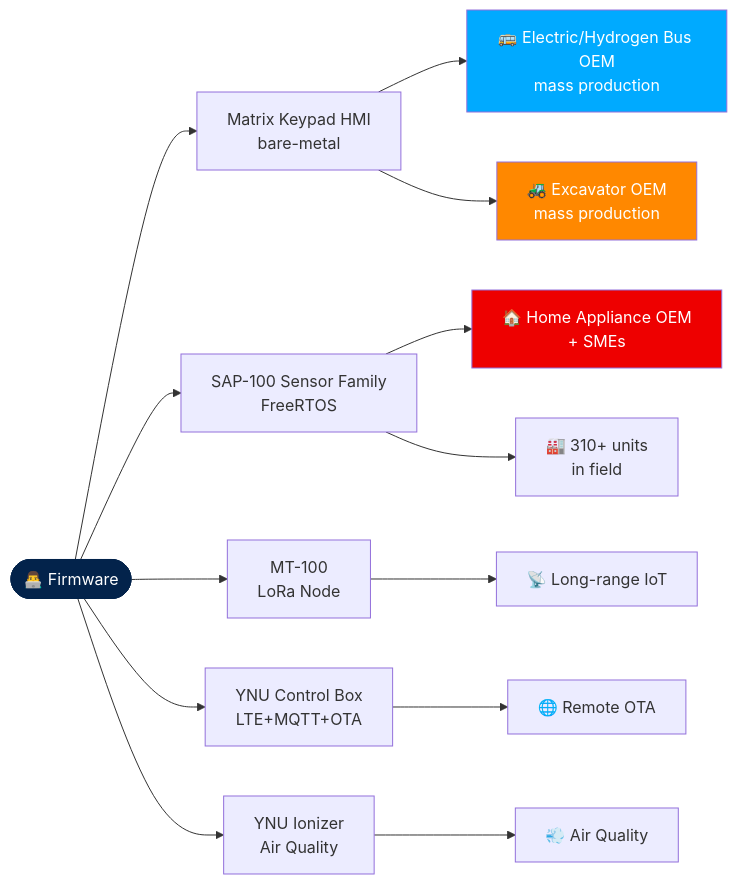
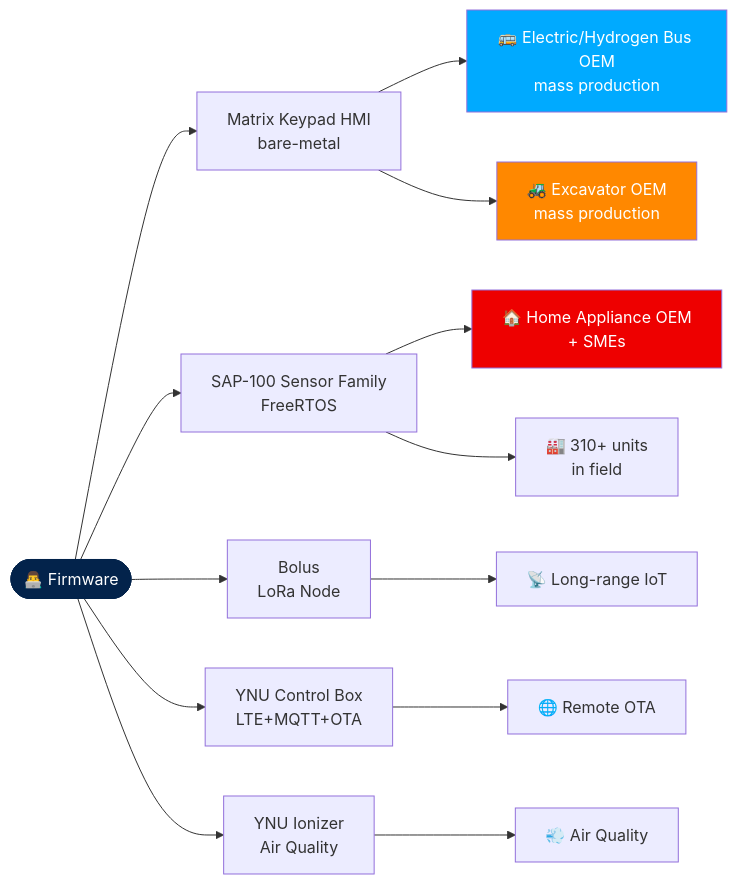
One commit to changhoon-yoon/changhoon-yoon changed the first of 2 diagrams in README.md. Above: the diagram before and after it, drawn with Mermaid. The commit also changed other lines of this file, not shown here.

Commit message:
Update README with new LoRa Node name
mt-100 -> bolus

````diff
--- a/README.md
+++ b/README.md
@@ -45,22 +45,22 @@
 ```mermaid
 flowchart LR
     Me([👨‍💻 Firmware])
     Me --> K[Matrix Keypad HMI<br/>bare-metal]
     Me --> S[SAP-100 Sensor Family<br/>FreeRTOS]
-    Me --> L[MT-100<br/>LoRa Node]
+    Me --> L[Bolus<br/>LoRa Node]
     Me --> C[YNU Control Box<br/>LTE+MQTT+OTA]
     Me --> I[YNU Ionizer<br/>Air Quality]
 
     K --> WJ[🚌 Electric/Hydrogen Bus OEM<br/>mass production]
     K --> HD[🚜 Excavator OEM<br/>mass production]
     S --> HA[🏠 Home Appliance OEM<br/>+ SMEs]
     S --> SME[🏭 310+ units<br/>in field]
     L --> Met[📡 Long-range IoT]
     C --> Rem[🌐 Remote OTA]
     I --> Air[💨 Air Quality]
 
     style Me fill:#03234B,stroke:#03234B,color:#fff
     style WJ fill:#0af,color:#fff
     style HD fill:#f80,color:#fff
     style HA fill:#e00,color:#fff
 ```
````
